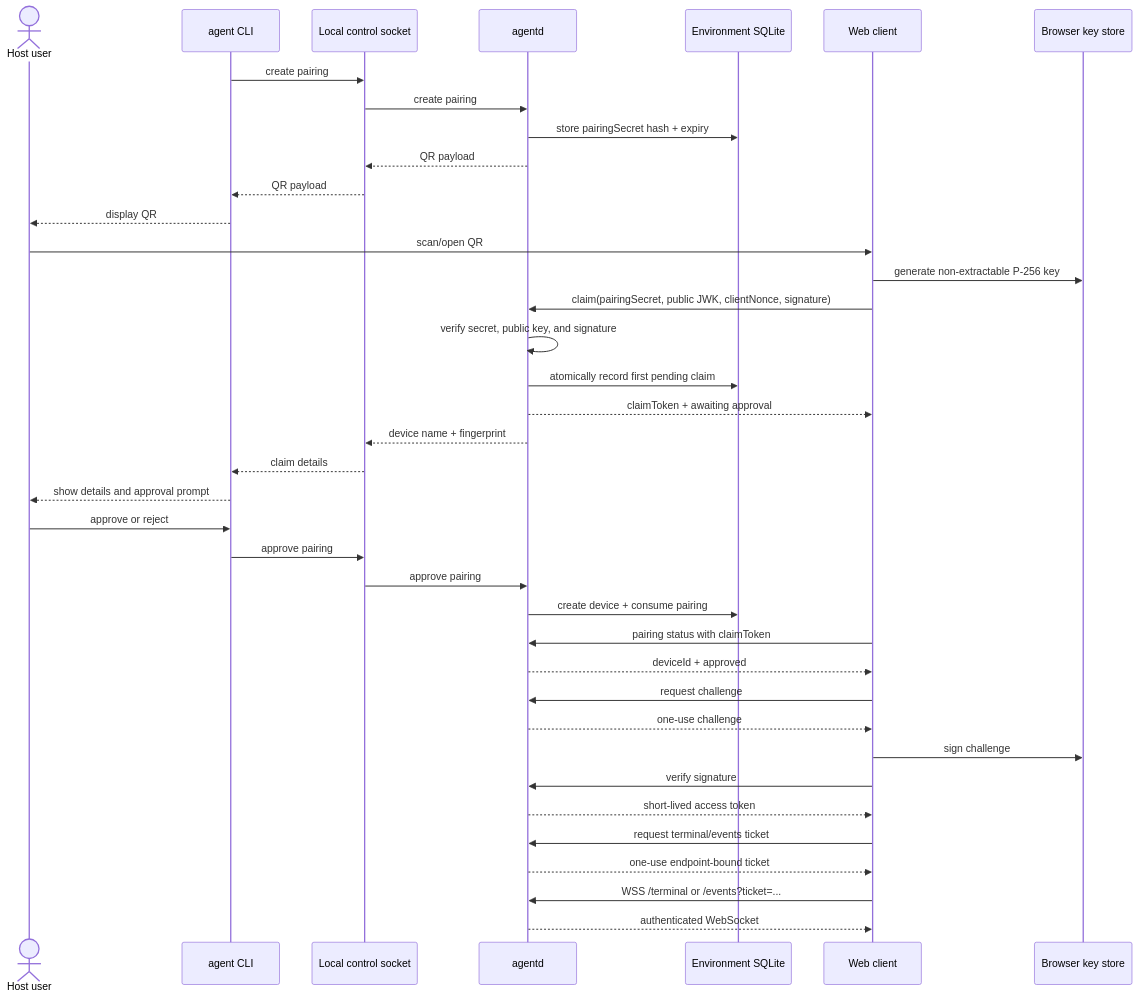
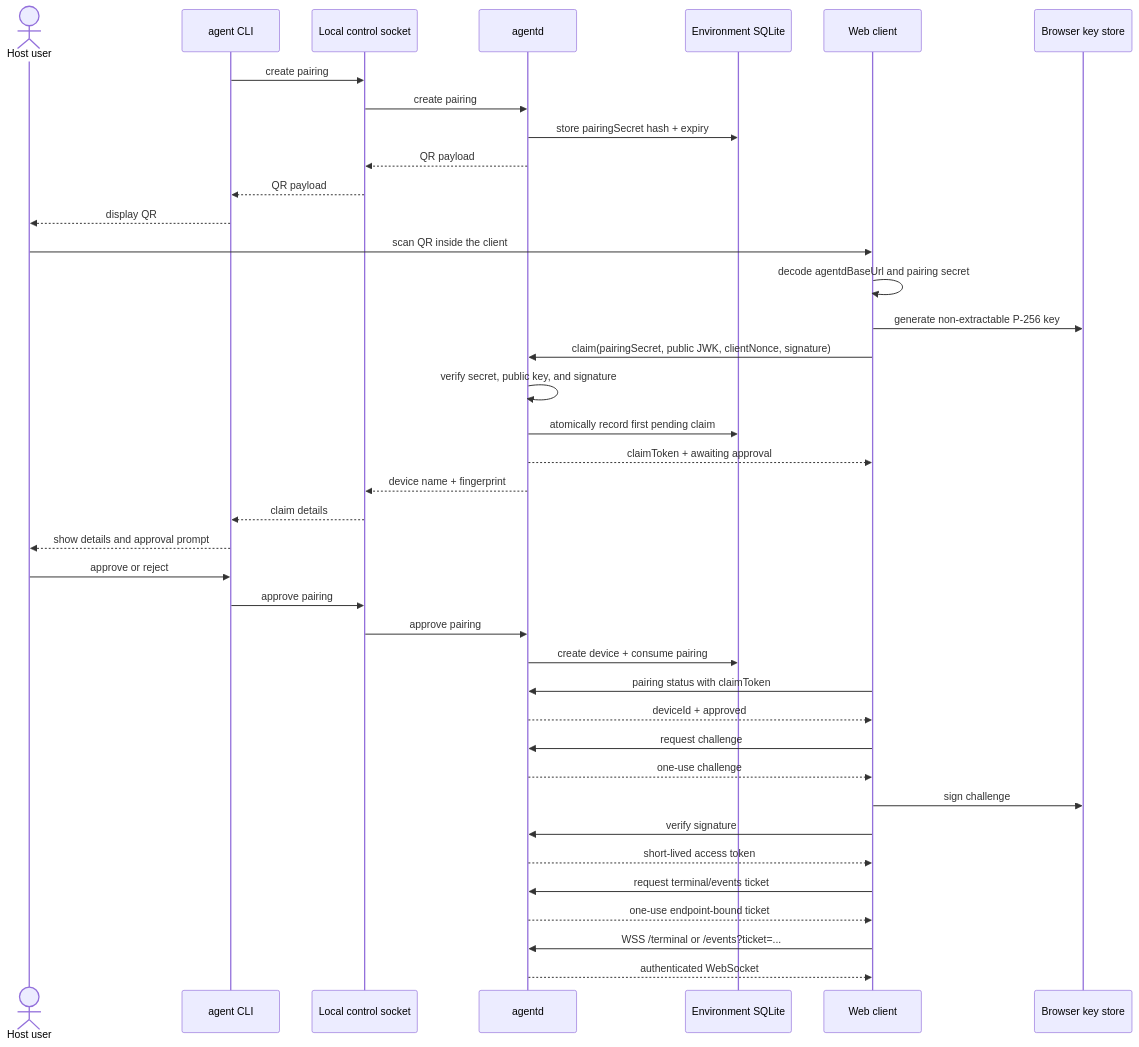
One commit to yoshizawa56/mobile-agent changed the diagram in docs/qr-pairing-authentication.md. Above: the diagram before and after it, drawn with Mermaid. The commit also changed other lines of this file and 50 other files, not shown here.

Commit message:
refactor: split agentd pairing route from web serving

````diff
--- a/docs/qr-pairing-authentication.md
+++ b/docs/qr-pairing-authentication.md
@@ -153,44 +150,45 @@
 ```mermaid
 sequenceDiagram
     actor User as Host user
     participant CLI as agent CLI
     participant Control as Local control socket
     participant A as agentd
     participant DB as Environment SQLite
     participant W as Web client
     participant K as Browser key store
 
     CLI->>Control: create pairing
     Control->>A: create pairing
     A->>DB: store pairingSecret hash + expiry
     A-->>Control: QR payload
     Control-->>CLI: QR payload
     CLI-->>User: display QR
 
-    User->>W: scan/open QR
+    User->>W: scan QR inside the client
+    W->>W: decode agentdBaseUrl and pairing secret
     W->>K: generate non-extractable P-256 key
     W->>A: claim(pairingSecret, public JWK, clientNonce, signature)
     A->>A: verify secret, public key, and signature
     A->>DB: atomically record first pending claim
     A-->>W: claimToken + awaiting approval
     A-->>Control: device name + fingerprint
     Control-->>CLI: claim details
     CLI-->>User: show details and approval prompt
     User->>CLI: approve or reject
     CLI->>Control: approve pairing
     Control->>A: approve pairing
     A->>DB: create device + consume pairing
 
     W->>A: pairing status with claimToken
     A-->>W: deviceId + approved
     W->>A: request challenge
     A-->>W: one-use challenge
     W->>K: sign challenge
     W->>A: verify signature
     A-->>W: short-lived access token
 
     W->>A: request terminal/events ticket
     A-->>W: one-use endpoint-bound ticket
     W->>A: WSS /terminal or /events?ticket=...
     A-->>W: authenticated WebSocket
 ```
````
